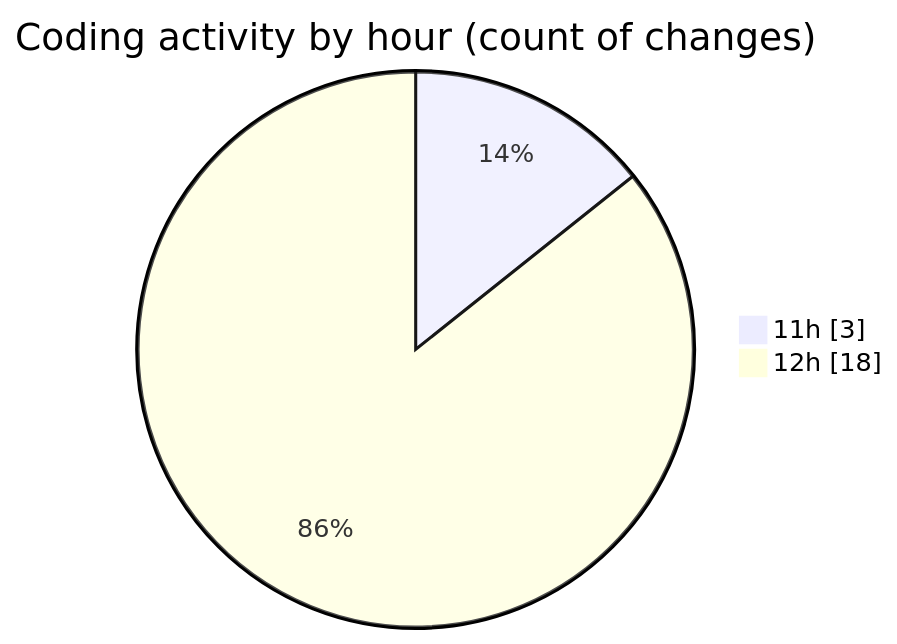
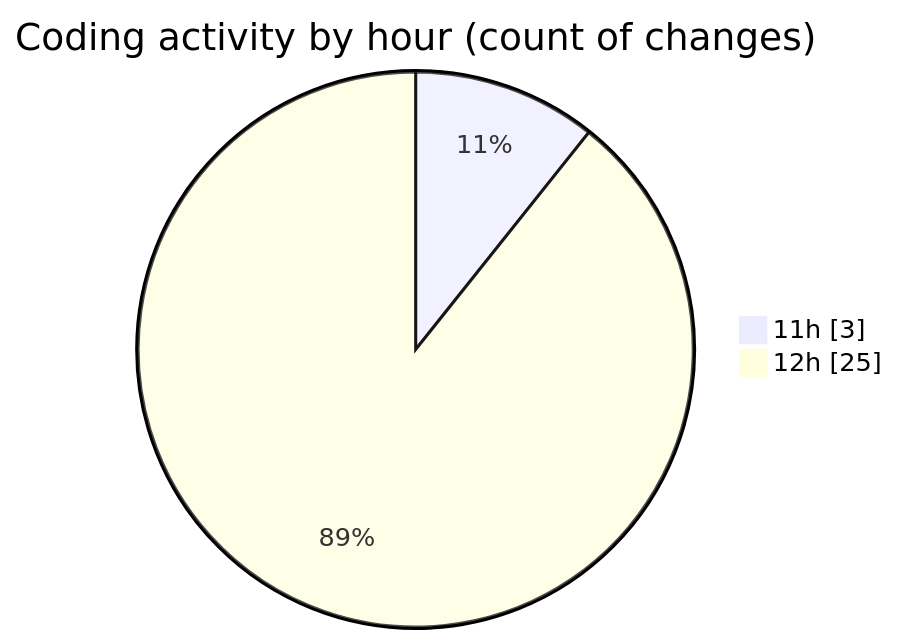
The second of 2 diagrams in 2025-05-07/nxtqube_webapp/README.md (nxtqubesakshisongat/code-tracking), drawn with Mermaid before and after one commit. The commit also changed other lines of this file and 1 other file, not shown here.

````diff
--- a/2025-05-07/nxtqube_webapp/README.md
+++ b/2025-05-07/nxtqube_webapp/README.md
@@ -28,6 +28,6 @@
 ```mermaid
 pie showData
 title Coding activity by hour (count of changes)
 "11h" : 3
-"12h" : 18
+"12h" : 25
 ```
````
